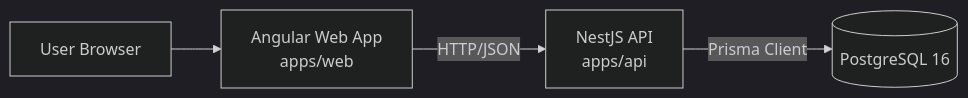
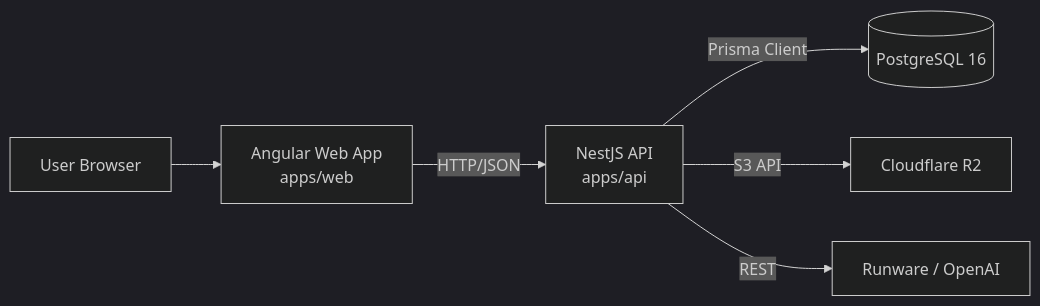
One commit to norbertturek/ai-marketing-platform changed the diagram in docs/architecture.md. Above: the diagram before and after it, drawn with Mermaid (dark theme). The commit also changed other lines of this file and 5 other files, not shown here.

Commit message:
docs: update project documentation (README, architecture, env, routes) (#18)

````diff
--- a/docs/architecture.md
+++ b/docs/architecture.md
@@ -19,6 +21,8 @@
 ```mermaid
 flowchart LR
   U[User Browser] --> W[Angular Web App<br/>apps/web]
   W -->|HTTP/JSON| A[NestJS API<br/>apps/api]
   A -->|Prisma Client| P[(PostgreSQL 16)]
+  A -->|S3 API| R[Cloudflare R2]
+  A -->|REST| E[Runware / OpenAI]
 ```
````
